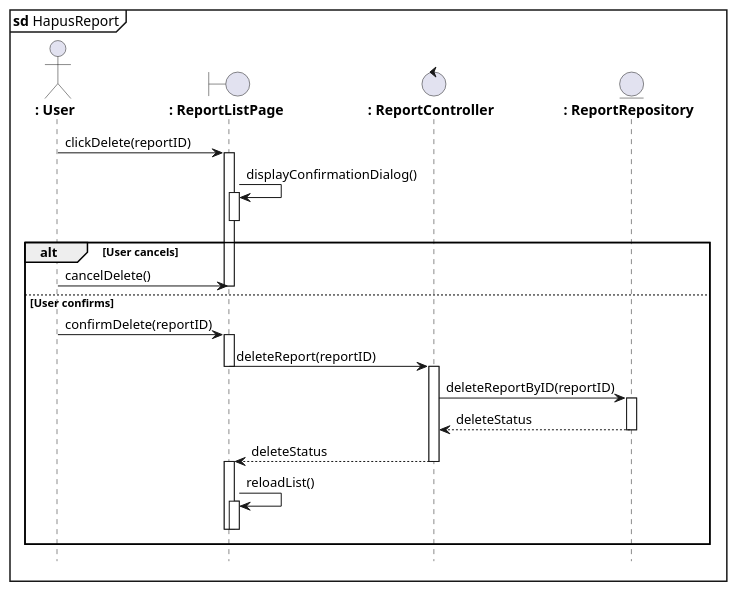
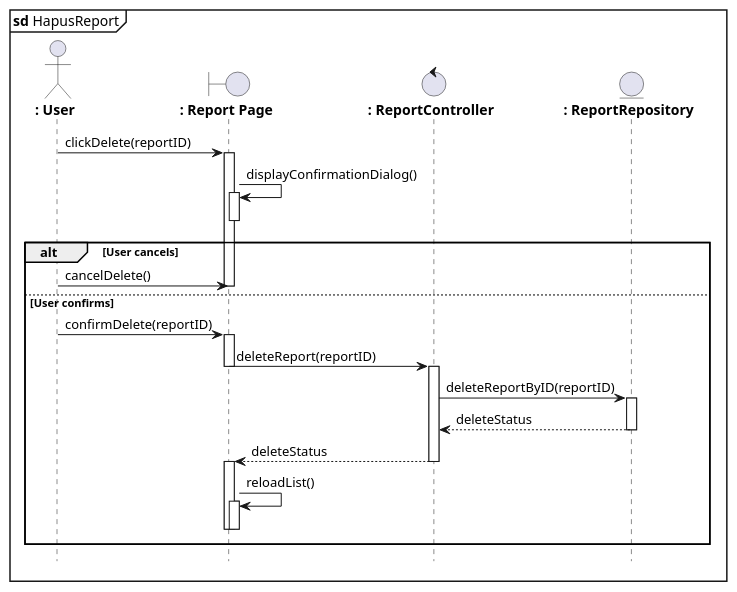
The diagram in hapus_report.puml (azrappp/learning_uml2.0_pmul), drawn with PlantUML before and after one commit. The commit also changed 52 other files, not shown here.

```diff
--- a/hapus_report.puml
+++ b/hapus_report.puml
@@ -1,44 +1,44 @@
 @startuml
 mainframe **sd** HapusReport
 hide footbox
 
 actor "**: User**" as User
-boundary "**: ReportListPage**" as ReportListPage
+boundary "**: Report Page**" as ReportListPage
 control "**: ReportController**" as ReportController
 entity "**: ReportRepository**" as ReportRepository
 
 User -> ReportListPage : clickDelete(reportID)
 activate ReportListPage
 
 ReportListPage -> ReportListPage : displayConfirmationDialog()
 activate ReportListPage
 deactivate ReportListPage
 
 alt User cancels
     User -> ReportListPage : cancelDelete()
     deactivate ReportListPage
 
 else User confirms
     User -> ReportListPage : confirmDelete(reportID)
     activate ReportListPage
     ReportListPage -> ReportController : deleteReport(reportID)
     deactivate ReportListPage
     activate ReportController
 
     ReportController -> ReportRepository : deleteReportByID(reportID)
     activate ReportRepository
 
     ReportRepository --> ReportController : deleteStatus
     deactivate ReportRepository
 
     ReportController --> ReportListPage : deleteStatus
     deactivate ReportController
     activate ReportListPage
 
     ReportListPage -> ReportListPage : reloadList()
     activate ReportListPage
     deactivate ReportListPage
 
     deactivate ReportListPage
 end
 @enduml
```
